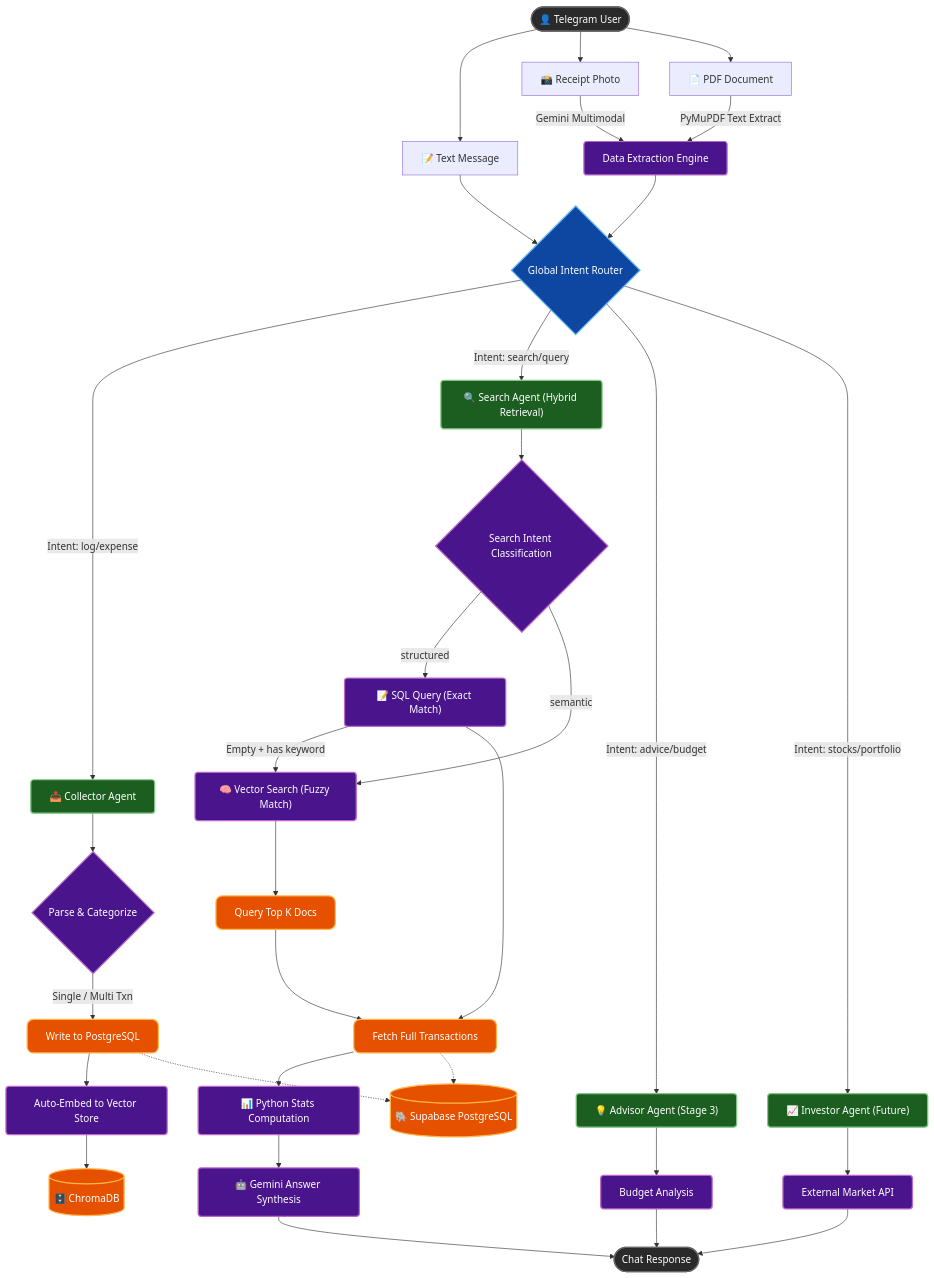
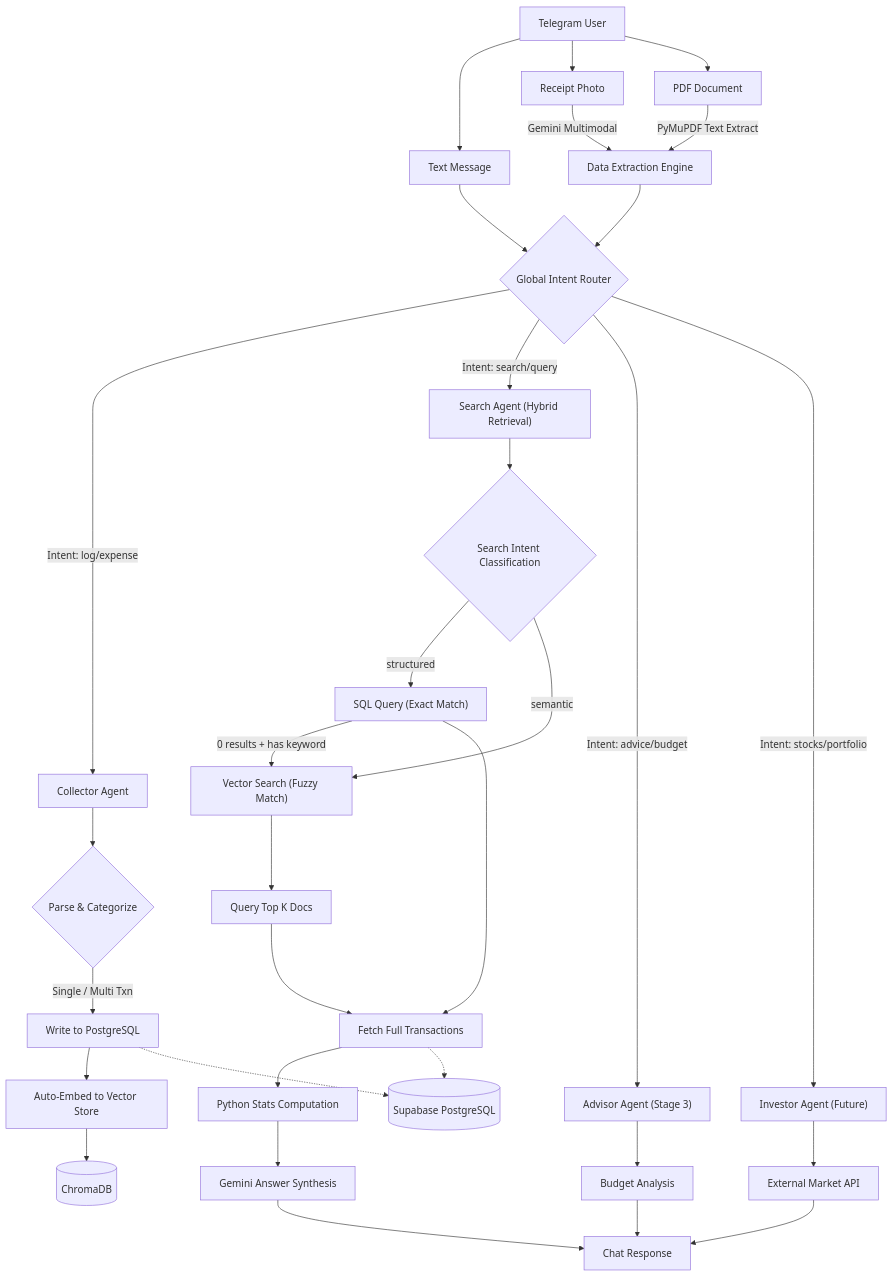
Before and after one commit to A-Square8/KharchaBOT-AI: the diagram in README.md, drawn with Mermaid. The commit also changed 1 other file, not shown here.

Commit message:
docs: simplify flowchart syntax to fix rendering issues

````diff
--- a/README.md
+++ b/README.md
@@ -42,46 +42,42 @@
 ```mermaid
 flowchart TD
-    classDef user fill:#2A2A2A,stroke:#666,stroke-width:2px,color:#FFF,rx:10,ry:10
-    classDef router fill:#0D47A1,stroke:#64B5F6,stroke-width:2px,color:#FFF,rx:5,ry:5
-    classDef agent fill:#1B5E20,stroke:#81C784,stroke-width:2px,color:#FFF,rx:5,ry:5
-    classDef process fill:#4A148C,stroke:#BA68C8,stroke-width:2px,color:#FFF,rx:5,ry:5
-    classDef db fill:#E65100,stroke:#FFB74D,stroke-width:2px,color:#FFF,rx:10,ry:10
+    User["Telegram User"] --> Msg["Text Message"]
+    User --> Photo["Receipt Photo"]
+    User --> Doc["PDF Document"]
 
-    User(["👤 Telegram User"]):::user --> Msg["📝 Text Message"]
-    User --> Photo["📸 Receipt Photo"]
-    User --> Doc["📄 PDF Document"]
-
-    Doc -->|"PyMuPDF Text Extract"| Extractor["Data Extraction Engine"]:::process
+    Doc -->|"PyMuPDF Text Extract"| Extractor["Data Extraction Engine"]
     Photo -->|"Gemini Multimodal"| Extractor
 
-    Msg --> Router{"Global Intent Router"}:::router
+    Msg --> Router{"Global Intent Router"}
     Extractor --> Router
 
-    Router -->|Intent: log/expense| Collector["📥 Collector Agent"]:::agent
-    Router -->|Intent: search/query| Search["🔍 Search Agent (Hybrid Retrieval)"]:::agent
-    Router -->|Intent: advice/budget| Advisor["💡 Advisor Agent (Stage 3)"]:::agent
-    Router -->|Intent: stocks/portfolio| Investor["📈 Investor Agent (Future)"]:::agent
+    Router -->|"Intent: log/expense"| Collector["Collector Agent"]
+    Router -->|"Intent: search/query"| Search["Search Agent (Hybrid Retrieval)"]
+    Router -->|"Intent: advice/budget"| Advisor["Advisor Agent (Stage 3)"]
+    Router -->|"Intent: stocks/portfolio"| Investor["Investor Agent (Future)"]
 
-    Collector --> ParseCat{"Parse & Categorize"}:::process
-    ParseCat -->|"Single / Multi Txn"| DBWrite["Write to PostgreSQL"]:::db
-    DBWrite --> AutoEmbed["Auto-Embed to Vector Store"]:::process
-    AutoEmbed --> ChromaDB[("🗄️ ChromaDB")]:::db
+    Collector --> ParseCat{"Parse & Categorize"}
+    ParseCat -->|"Single / Multi Txn"| DBWrite["Write to PostgreSQL"]
+    DBWrite --> AutoEmbed["Auto-Embed to Vector Store"]
+    AutoEmbed --> ChromaDB[("ChromaDB")]
     
-    Search --> IntentClass{"Search Intent Classification"}:::process
-    IntentClass -->|structured| SQLPath["📝 SQL Query (Exact Match)"]:::process
-    IntentClass -->|semantic| VectorPath["🧠 Vector Search (Fuzzy Match)"]:::process
-    SQLPath -->|Empty + has keyword| VectorPath
-    SQLPath --> FetchDB["Fetch Full Transactions"]:::db
-    VectorPath --> FetchChroma["Query Top K Docs"]:::db
+    Search --> IntentClass{"Search Intent Classification"}
+    IntentClass -->|"structured"| SQLPath["SQL Query (Exact Match)"]
+    IntentClass -->|"semantic"| VectorPath["Vector Search (Fuzzy Match)"]
+    
+    SQLPath -->|"0 results + has keyword"| VectorPath
+    SQLPath --> FetchDB["Fetch Full Transactions"]
+    VectorPath --> FetchChroma["Query Top K Docs"]
     FetchChroma --> FetchDB
-    FetchDB --> PythonStats["📊 Python Stats Computation"]:::process
-    PythonStats --> Synthesis["🤖 Gemini Answer Synthesis"]:::process
-    Synthesis --> Output(["Chat Response"]):::user
     
-    Advisor --> BudgetEngine["Budget Analysis"]:::process --> Output
-    Investor --> MarketAPI["External Market API"]:::process --> Output
+    FetchDB --> PythonStats["Python Stats Computation"]
+    PythonStats --> Synthesis["Gemini Answer Synthesis"]
+    Synthesis --> Output["Chat Response"]
     
-    Supabase[("🐘 Supabase PostgreSQL")]:::db
+    Advisor --> BudgetEngine["Budget Analysis"] --> Output
+    Investor --> MarketAPI["External Market API"] --> Output
+    
+    Supabase[("Supabase PostgreSQL")]
     DBWrite -.-> Supabase
     FetchDB -.-> Supabase
 ```
````
